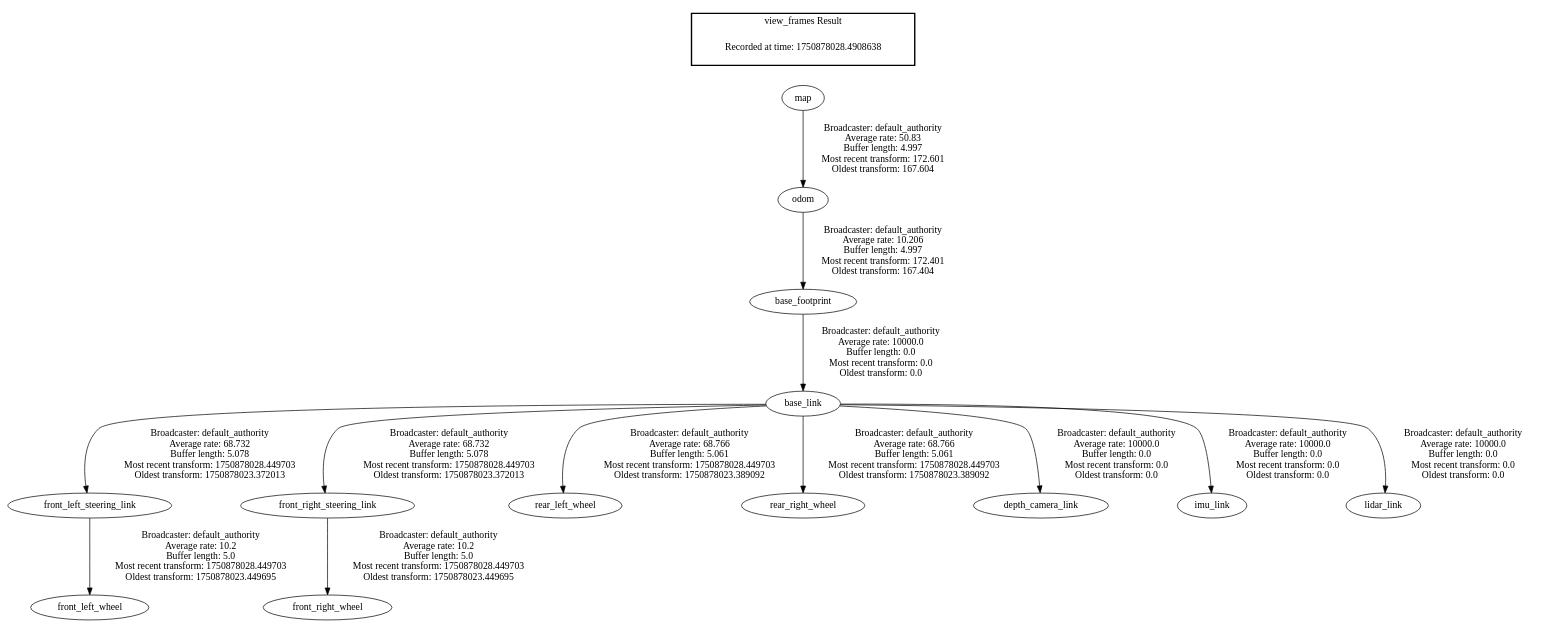
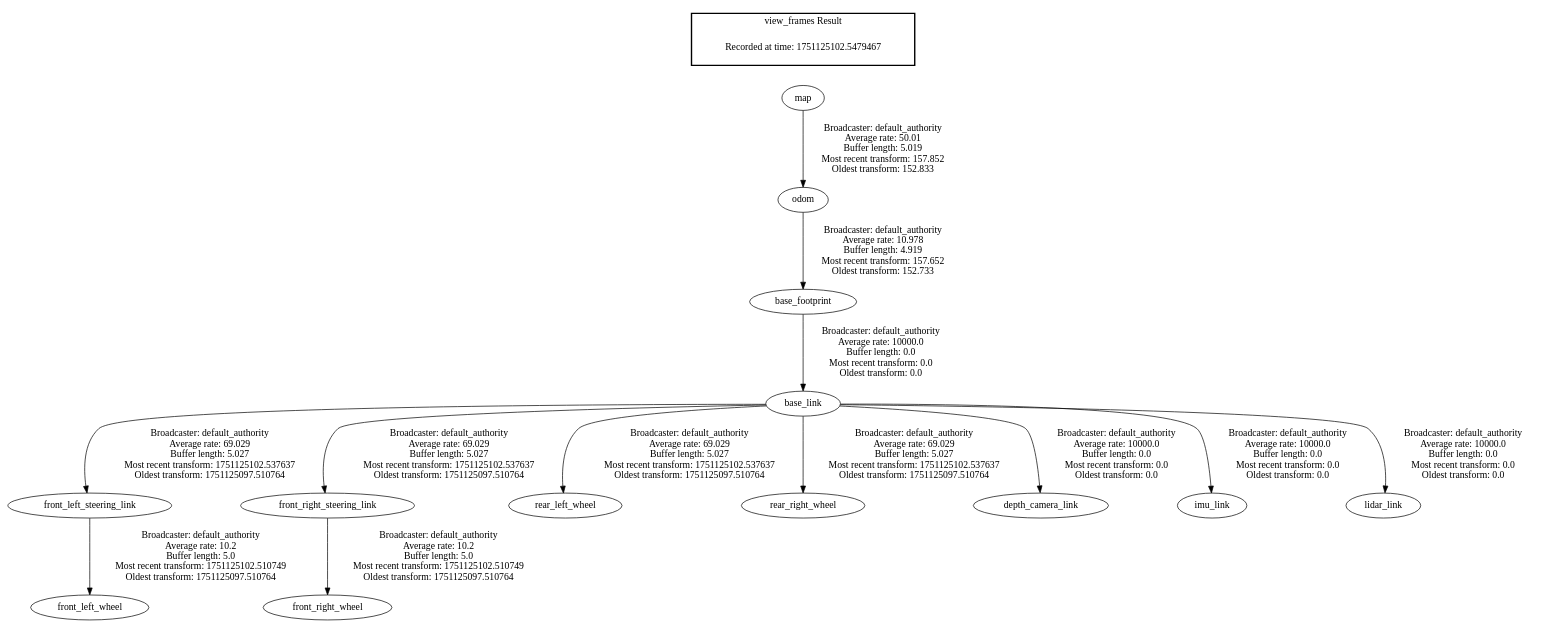
One commit to fenix-hub/mobile-robotics changed the diagram in frames.gv. Above: the diagram before and after it, drawn with Graphviz. The commit also changed 6 other files, not shown here.

```diff
--- a/frames.gv
+++ b/frames.gv
@@ -1,18 +1,18 @@
 digraph G {
-"base_link" -> "front_left_steering_link"[label=" Broadcaster: default_authority\nAverage rate: 68.732\nBuffer length: 5.078\nMost recent transform: 1750878028.449703\nOldest transform: 1750878023.372013\n"];
+"base_link" -> "front_left_steering_link"[label=" Broadcaster: default_authority\nAverage rate: 69.029\nBuffer length: 5.027\nMost recent transform: 1751125102.537637\nOldest transform: 1751125097.510764\n"];
 "base_footprint" -> "base_link"[label=" Broadcaster: default_authority\nAverage rate: 10000.0\nBuffer length: 0.0\nMost recent transform: 0.0\nOldest transform: 0.0\n"];
-"base_link" -> "front_right_steering_link"[label=" Broadcaster: default_authority\nAverage rate: 68.732\nBuffer length: 5.078\nMost recent transform: 1750878028.449703\nOldest transform: 1750878023.372013\n"];
-"base_link" -> "rear_left_wheel"[label=" Broadcaster: default_authority\nAverage rate: 68.766\nBuffer length: 5.061\nMost recent transform: 1750878028.449703\nOldest transform: 1750878023.389092\n"];
-"base_link" -> "rear_right_wheel"[label=" Broadcaster: default_authority\nAverage rate: 68.766\nBuffer length: 5.061\nMost recent transform: 1750878028.449703\nOldest transform: 1750878023.389092\n"];
-"front_left_steering_link" -> "front_left_wheel"[label=" Broadcaster: default_authority\nAverage rate: 10.2\nBuffer length: 5.0\nMost recent transform: 1750878028.449703\nOldest transform: 1750878023.449695\n"];
-"front_right_steering_link" -> "front_right_wheel"[label=" Broadcaster: default_authority\nAverage rate: 10.2\nBuffer length: 5.0\nMost recent transform: 1750878028.449703\nOldest transform: 1750878023.449695\n"];
-"map" -> "odom"[label=" Broadcaster: default_authority\nAverage rate: 50.83\nBuffer length: 4.997\nMost recent transform: 172.601\nOldest transform: 167.604\n"];
-"odom" -> "base_footprint"[label=" Broadcaster: default_authority\nAverage rate: 10.206\nBuffer length: 4.997\nMost recent transform: 172.401\nOldest transform: 167.404\n"];
+"front_left_steering_link" -> "front_left_wheel"[label=" Broadcaster: default_authority\nAverage rate: 10.2\nBuffer length: 5.0\nMost recent transform: 1751125102.510749\nOldest transform: 1751125097.510764\n"];
+"base_link" -> "front_right_steering_link"[label=" Broadcaster: default_authority\nAverage rate: 69.029\nBuffer length: 5.027\nMost recent transform: 1751125102.537637\nOldest transform: 1751125097.510764\n"];
+"front_right_steering_link" -> "front_right_wheel"[label=" Broadcaster: default_authority\nAverage rate: 10.2\nBuffer length: 5.0\nMost recent transform: 1751125102.510749\nOldest transform: 1751125097.510764\n"];
+"base_link" -> "rear_left_wheel"[label=" Broadcaster: default_authority\nAverage rate: 69.029\nBuffer length: 5.027\nMost recent transform: 1751125102.537637\nOldest transform: 1751125097.510764\n"];
+"base_link" -> "rear_right_wheel"[label=" Broadcaster: default_authority\nAverage rate: 69.029\nBuffer length: 5.027\nMost recent transform: 1751125102.537637\nOldest transform: 1751125097.510764\n"];
+"odom" -> "base_footprint"[label=" Broadcaster: default_authority\nAverage rate: 10.978\nBuffer length: 4.919\nMost recent transform: 157.652\nOldest transform: 152.733\n"];
 "base_link" -> "depth_camera_link"[label=" Broadcaster: default_authority\nAverage rate: 10000.0\nBuffer length: 0.0\nMost recent transform: 0.0\nOldest transform: 0.0\n"];
 "base_link" -> "imu_link"[label=" Broadcaster: default_authority\nAverage rate: 10000.0\nBuffer length: 0.0\nMost recent transform: 0.0\nOldest transform: 0.0\n"];
 "base_link" -> "lidar_link"[label=" Broadcaster: default_authority\nAverage rate: 10000.0\nBuffer length: 0.0\nMost recent transform: 0.0\nOldest transform: 0.0\n"];
+"map" -> "odom"[label=" Broadcaster: default_authority\nAverage rate: 50.01\nBuffer length: 5.019\nMost recent transform: 157.852\nOldest transform: 152.833\n"];
 edge [style=invis];
  subgraph cluster_legend { style=bold; color=black; label ="view_frames Result";
-"Recorded at time: 1750878028.4908638"[ shape=plaintext ] ;
+"Recorded at time: 1751125102.5479467"[ shape=plaintext ] ;
 }->"map";
 }
```
